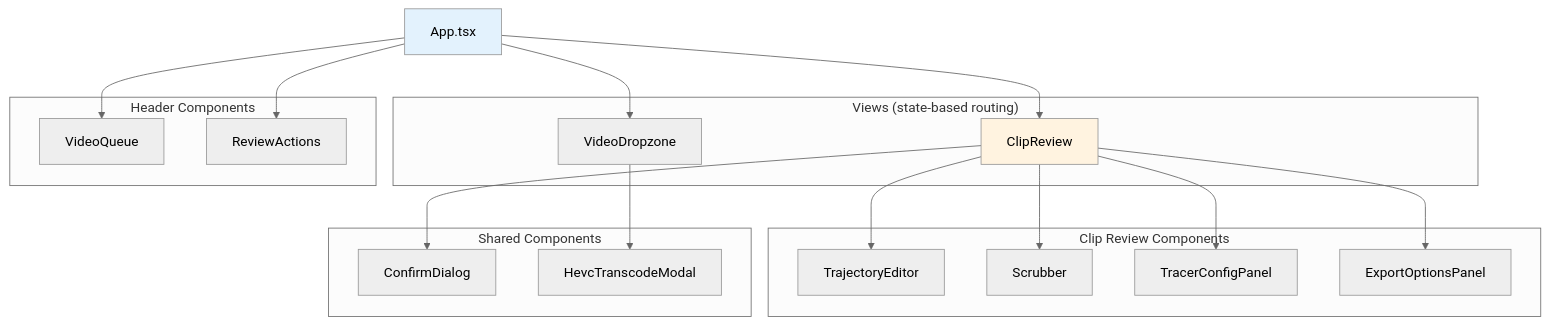
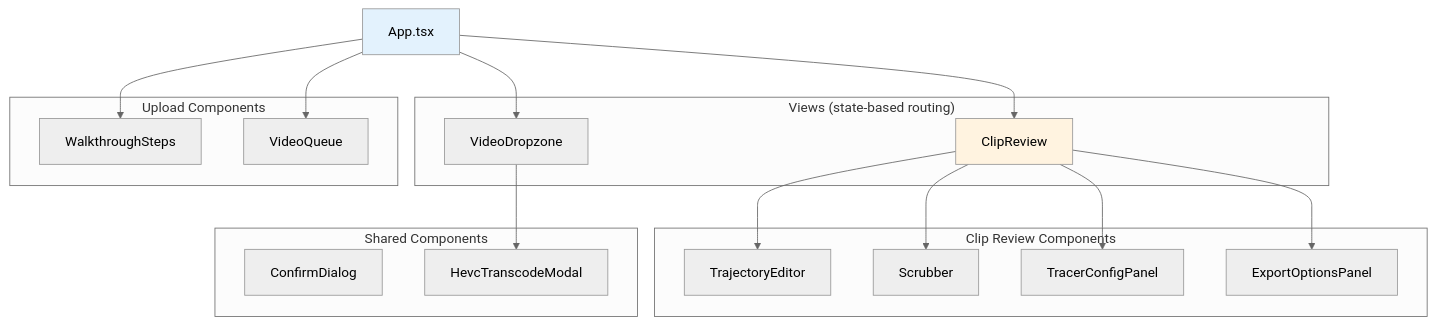
The fifth of 8 diagrams in docs/ARCHITECTURE.md (elicoon/golf-clip), drawn with Mermaid (neutral theme) before and after one commit. The commit also changed other lines of this file and 3 other files, not shown here.

First line of the commit message:
Update docs to reflect UI redesign merge and current architecture

````diff
--- a/docs/ARCHITECTURE.md
+++ b/docs/ARCHITECTURE.md
@@ -453,42 +455,41 @@
 ```mermaid
 graph TB
     App[App.tsx]
 
     subgraph "Views (state-based routing)"
         VD[VideoDropzone]
         CR[ClipReview]
     end
 
-    subgraph "Header Components"
+    subgraph "Upload Components"
+        WS[WalkthroughSteps]
         VQ[VideoQueue]
-        RA[ReviewActions]
     end
 
     subgraph "Clip Review Components"
         TE[TrajectoryEditor]
         SC[Scrubber]
         TCP[TracerConfigPanel]
         EOP[ExportOptionsPanel]
     end
 
     subgraph "Shared Components"
         CD[ConfirmDialog]
         HTM[HevcTranscodeModal]
     end
 
     App --> VD
     App --> CR
+    App --> WS
     App --> VQ
-    App --> RA
 
     CR --> TE
     CR --> SC
     CR --> TCP
     CR --> EOP
 
     VD --> HTM
-    CR --> CD
 
     style App fill:#e3f2fd
     style CR fill:#fff3e0
 ```
````
